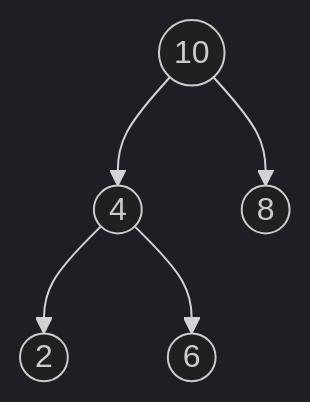
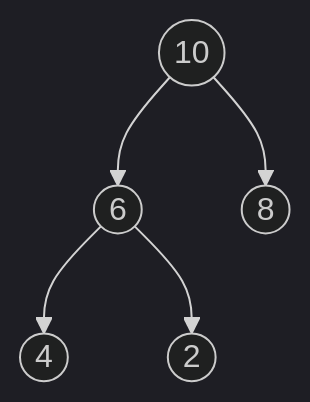
Before and after one commit to Austin1153/DSA: the eighth of 12 diagrams in Notes/Heap Sort/Heap Sort.md, drawn with Mermaid (dark theme). The commit also changed other lines of this file, not shown here.

````diff
--- a/Notes/Heap Sort/Heap Sort.md
+++ b/Notes/Heap Sort/Heap Sort.md
@@ -212,12 +212,12 @@
 ```mermaid
 graph TD
 	A((10))
-	B((4))
+	B((6))
 	C((8))
-	D((2))
-	E((6))
+	D((4))
+	E((2))
 	A --> B
 	A --> C
 	B --> D
 	B --> E
 ```
````
